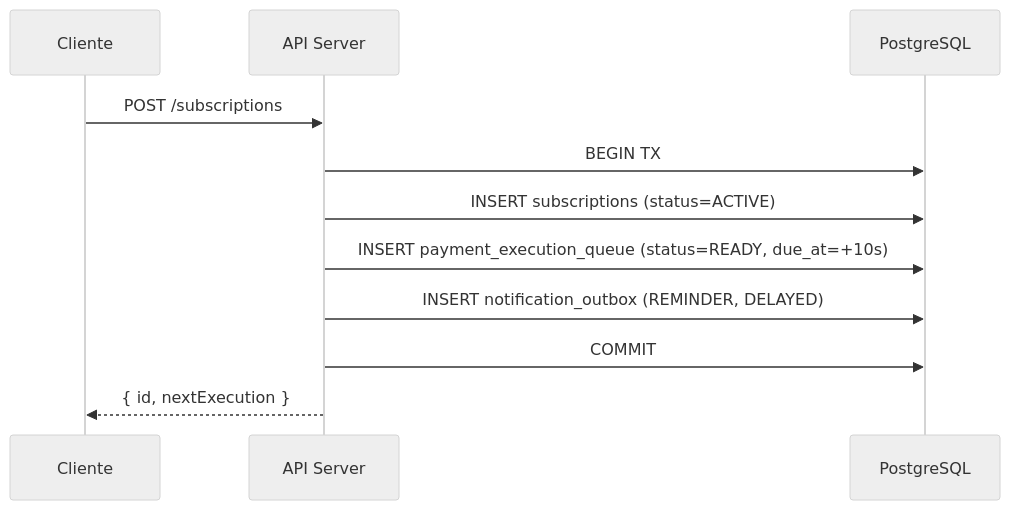
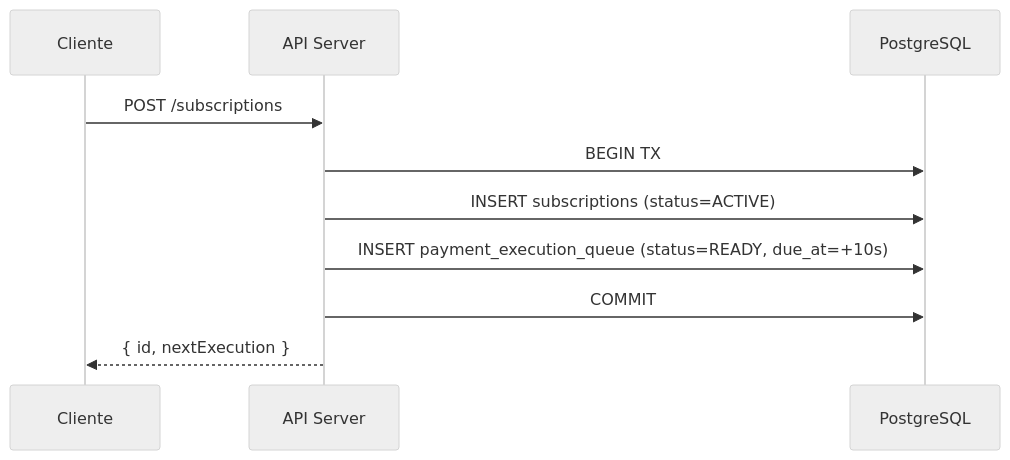
Before and after one commit to anelivaldes-tw/automations: the third of 7 diagrams in pocs/poc-recurring-payments/README.md, drawn with Mermaid (neutral theme). The commit also changed other lines of this file, not shown here.

First line of the commit message:
docs(poc): rewrite README for domain-owned notifications architecture

````diff
--- a/pocs/poc-recurring-payments/README.md
+++ b/pocs/poc-recurring-payments/README.md
@@ -107,14 +155,13 @@
 ```mermaid
 sequenceDiagram
     participant U as Cliente
     participant API as API Server
     participant DB as PostgreSQL
 
     U->>API: POST /subscriptions
     API->>DB: BEGIN TX
     API->>DB: INSERT subscriptions (status=ACTIVE)
     API->>DB: INSERT payment_execution_queue (status=READY, due_at=+10s)
-    API->>DB: INSERT notification_outbox (REMINDER, DELAYED)
     API->>DB: COMMIT
     API-->>U: { id, nextExecution }
 ```
````
